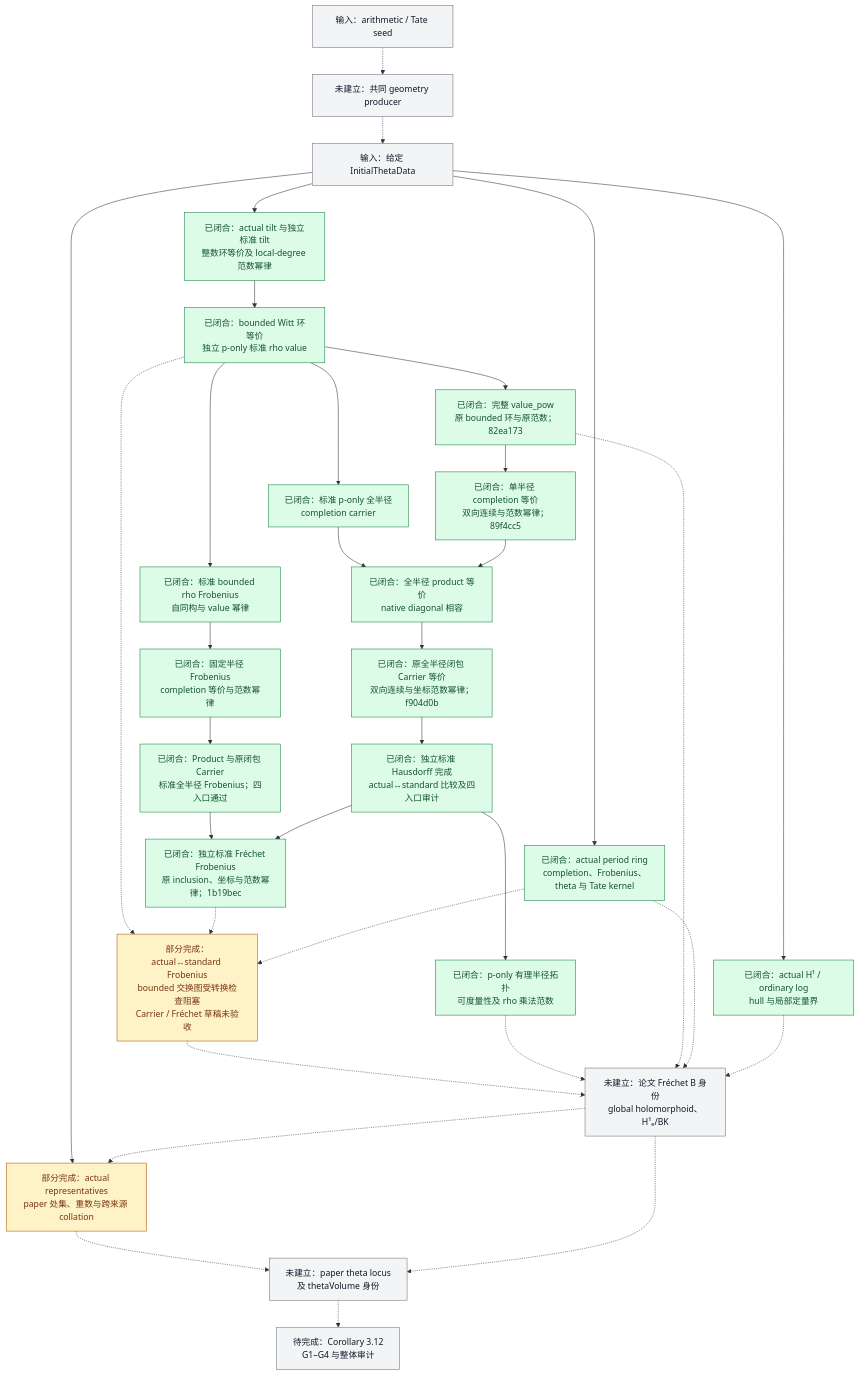
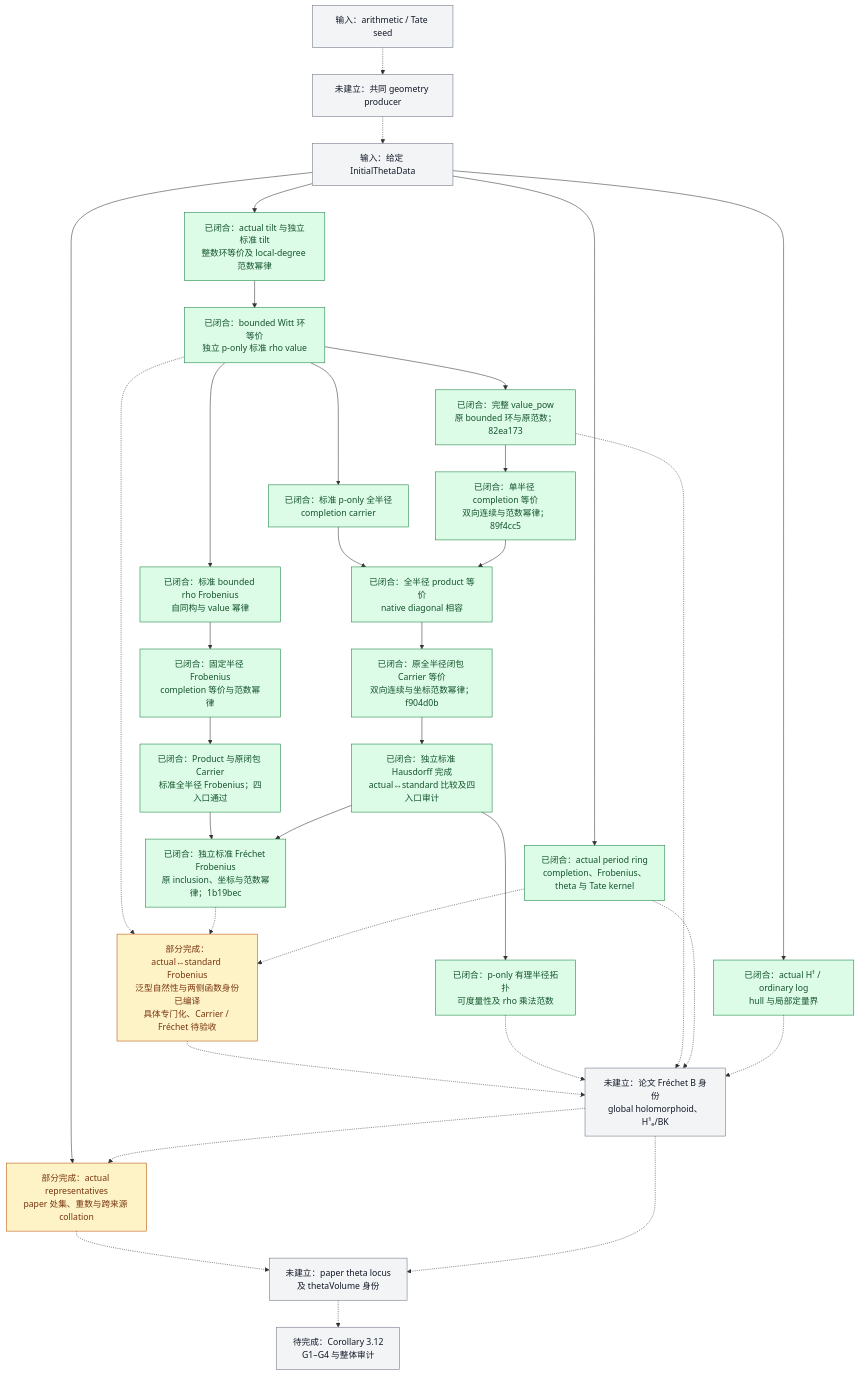
One commit to Ember-Institute/KirtiJoshi-abc changed the diagram in docs/Scene1进度总览.md. Above: the diagram before and after it, drawn with Mermaid. The commit also changed other lines of this file, not shown here.

Commit message:
Refresh Scene1 overview with generic Frobenius route and resource evidence

````diff
--- a/docs/Scene1进度总览.md
+++ b/docs/Scene1进度总览.md
@@ -70,66 +71,66 @@
 ```mermaid
 flowchart TD
     S["输入：arithmetic / Tate seed"]
     P["未建立：共同 geometry producer"]
     D["输入：给定 InitialThetaData"]
     T["已闭合：actual tilt 与独立标准 tilt<br/>整数环等价及 local-degree 范数幂律"]
     E["已闭合：bounded Witt 环等价<br/>独立 p-only 标准 rho value"]
     W["已闭合：标准 p-only 全半径<br/>completion carrier"]
     V["已闭合：完整 value_pow<br/>原 bounded 环与原范数；82ea173"]
     Q["已闭合：单半径 completion 等价<br/>双向连续与范数幂律；89f4cc5"]
     U["已闭合：全半径 product 等价<br/>native diagonal 相容"]
     A["已闭合：原全半径闭包 Carrier 等价<br/>双向连续与坐标范数幂律；f904d0b"]
     C0["已闭合：独立标准 Hausdorff 完成<br/>actual↔standard 比较及四入口审计"]
     M["已闭合：p-only 有理半径拓扑<br/>可度量性及 rho 乘法范数"]
     F0["已闭合：标准 bounded rho Frobenius<br/>自同构与 value 幂律"]
     F1["已闭合：固定半径 Frobenius<br/>completion 等价与范数幂律"]
     F2["已闭合：Product 与原闭包 Carrier<br/>标准全半径 Frobenius；四入口通过"]
     F3["已闭合：独立标准 Fréchet Frobenius<br/>原 inclusion、坐标与范数幂律；1b19bec"]
-    FC["部分完成：actual↔standard Frobenius<br/>bounded 交换图受转换检查阻塞<br/>Carrier / Fréchet 草稿未验收"]
+    FC["部分完成：actual↔standard Frobenius<br/>泛型自然性与两侧函数身份已编译<br/>具体专门化、Carrier / Fréchet 待验收"]
     F["已闭合：actual period ring<br/>completion、Frobenius、theta 与 Tate kernel"]
     H["已闭合：actual H¹ / ordinary log<br/>hull 与局部定量界"]
     B["未建立：论文 Fréchet B 身份<br/>global holomorphoid、H¹ₑ/BK"]
     R["部分完成：actual representatives<br/>paper 处集、重数与跨来源 collation"]
     L["未建立：paper theta locus<br/>及 thetaVolume 身份"]
     C["待完成：Corollary 3.12<br/>G1–G4 与整体审计"]
 
     S -.-> P
     P -.-> D
     D --> T
     T --> E
     E --> W
     E --> V
     V --> Q
     W --> U
     Q --> U
     U --> A
     A --> C0
     C0 --> M
     E --> F0
     F0 --> F1
     F1 --> F2
     F2 --> F3
     C0 --> F3
     E -.-> FC
     F3 -.-> FC
     F -.-> FC
     FC -.-> B
     M -.-> B
     D --> F
     D --> H
     V -.-> B
     F -.-> B
     H -.-> B
     D --> R
     B -.-> R
     R -.-> L
     B -.-> L
     L -.-> C
 
     classDef done fill:#dcfce7,stroke:#15803d,color:#14532d;
     classDef partial fill:#fef3c7,stroke:#b45309,color:#78350f;
     classDef open fill:#f3f4f6,stroke:#6b7280,color:#111827;
     class T,E,W,V,Q,U,A,C0,M,F0,F1,F2,F3,F,H done;
     class R,FC partial;
     class S,D,P,B,L,C open;
 ```
````
